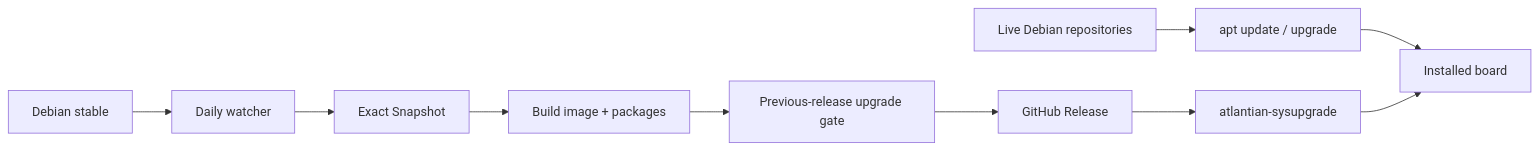
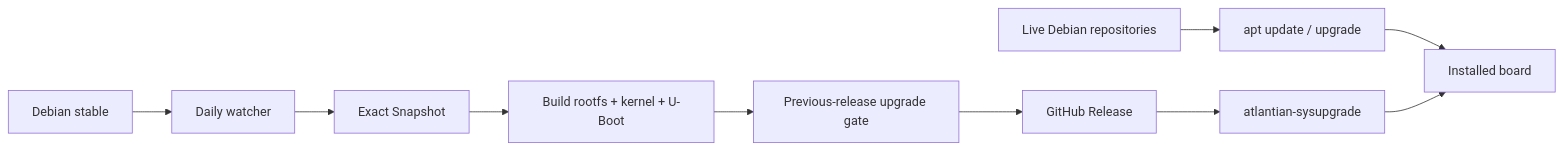
The first of 2 diagrams in README.md (BlackF1re/atlantian), drawn with Mermaid before and after one commit. The commit also changed other lines of this file and 15 other files, not shown here.

Commit message:
fix(boot): build universal S9 SD firmware

````diff
--- a/README.md
+++ b/README.md
@@ -166,13 +168,13 @@
 ```mermaid
 flowchart LR
     A[Debian stable] --> B[Daily watcher]
     B --> C[Exact Snapshot]
-    C --> D[Build image + packages]
+    C --> D[Build rootfs + kernel + U-Boot]
     D --> E[Previous-release upgrade gate]
     E --> F[GitHub Release]
     F --> G[atlantian-sysupgrade]
 
     H[Live Debian repositories] --> I[apt update / upgrade]
     I --> J[Installed board]
     G --> J
 ```
````
